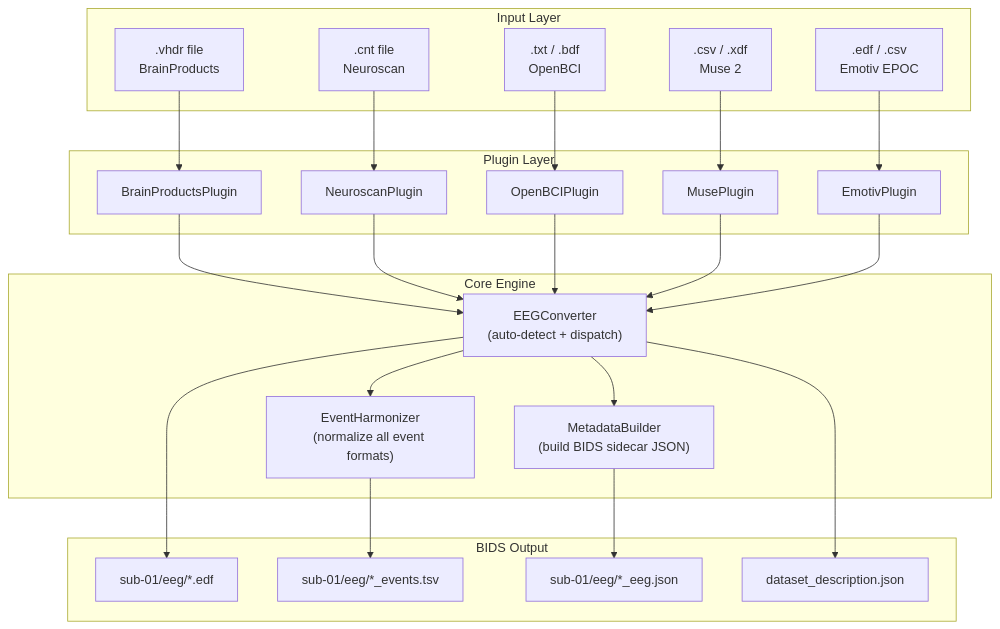
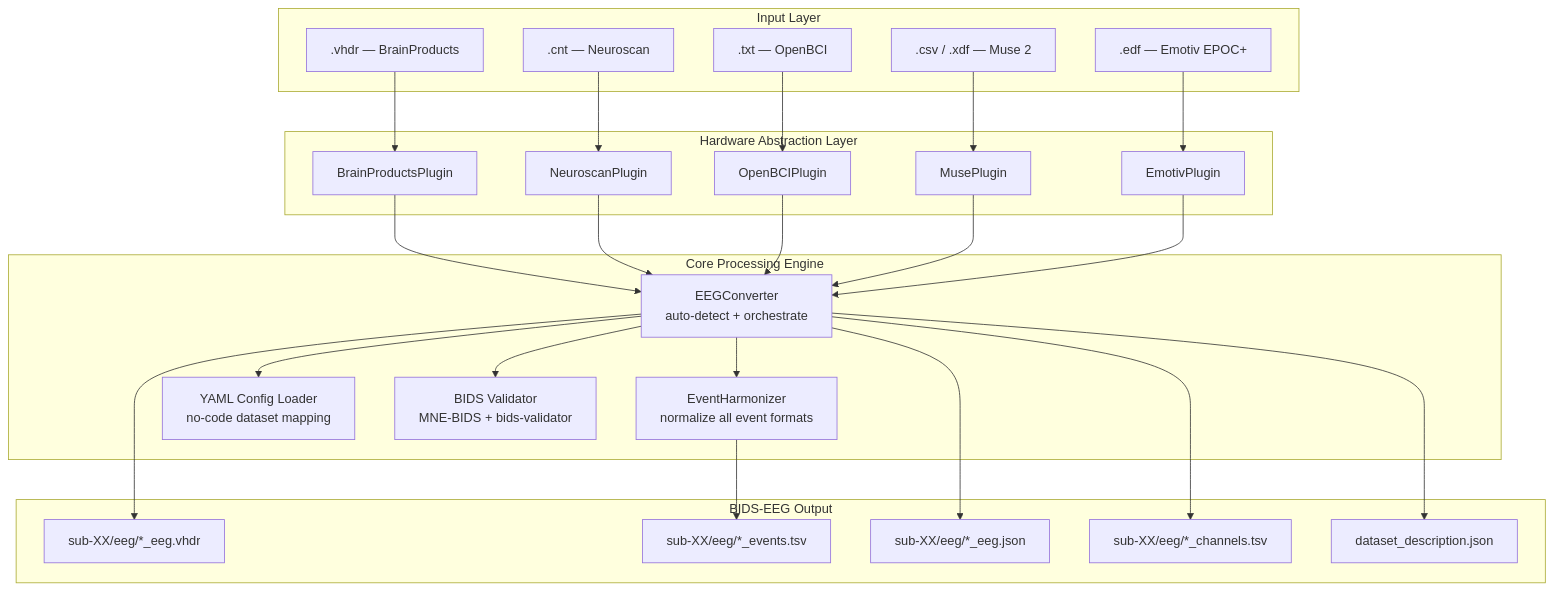
The first of 3 diagrams in README.md (Satpal26/neurobids-flow), drawn with Mermaid before and after one commit. The commit also changed other lines of this file, not shown here.

Commit message:
Update README: add quickstart, sample data, EventHarmonizer table, rename to NeuroBIDS-Flow

````diff
--- a/README.md
+++ b/README.md
@@ -10,45 +78,43 @@
 ```mermaid
 graph TB
     subgraph INPUT["Input Layer"]
-        A1[".vhdr file\nBrainProducts"]
-        A2[".cnt file\nNeuroscan"]
-        A3[".txt / .bdf\nOpenBCI"]
-        A4[".csv / .xdf\nMuse 2"]
-        A5[".edf / .csv\nEmotiv EPOC"]
+        A1[".vhdr — BrainProducts"]
+        A2[".cnt — Neuroscan"]
+        A3[".txt — OpenBCI"]
+        A4[".csv / .xdf — Muse 2"]
+        A5[".edf — Emotiv EPOC+"]
     end
-
-    subgraph PLUGINS["Plugin Layer"]
+    subgraph PLUGINS["Hardware Abstraction Layer"]
         B1["BrainProductsPlugin"]
         B2["NeuroscanPlugin"]
         B3["OpenBCIPlugin"]
         B4["MusePlugin"]
         B5["EmotivPlugin"]
     end
-
-    subgraph CORE["Core Engine"]
-        C1["EEGConverter\n(auto-detect + dispatch)"]
-        C2["EventHarmonizer\n(normalize all event formats)"]
-        C3["MetadataBuilder\n(build BIDS sidecar JSON)"]
+    subgraph CORE["Core Processing Engine"]
+        C1["EEGConverter\nauto-detect + orchestrate"]
+        C2["EventHarmonizer\nnormalize all event formats"]
+        C3["YAML Config Loader\nno-code dataset mapping"]
+        C4["BIDS Validator\nMNE-BIDS + bids-validator"]
     end
-
-    subgraph OUTPUT["BIDS Output"]
-        D1["sub-01/eeg/*.edf"]
-        D2["sub-01/eeg/*_events.tsv"]
-        D3["sub-01/eeg/*_eeg.json"]
-        D4["dataset_description.json"]
+    subgraph OUTPUT["BIDS-EEG Output"]
+        D1["sub-XX/eeg/*_eeg.vhdr"]
+        D2["sub-XX/eeg/*_events.tsv"]
+        D3["sub-XX/eeg/*_eeg.json"]
+        D4["sub-XX/eeg/*_channels.tsv"]
+        D5["dataset_description.json"]
     end
-
     A1 --> B1
     A2 --> B2
     A3 --> B3
     A4 --> B4
     A5 --> B5
-
     B1 & B2 & B3 & B4 & B5 --> C1
-    C1 --> C2
+    C1 --> C2 --> D2
     C1 --> C3
-    C2 --> D2
-    C3 --> D3
+    C1 --> C4
     C1 --> D1
+    C1 --> D3
     C1 --> D4
+    C1 --> D5
 ```
````
